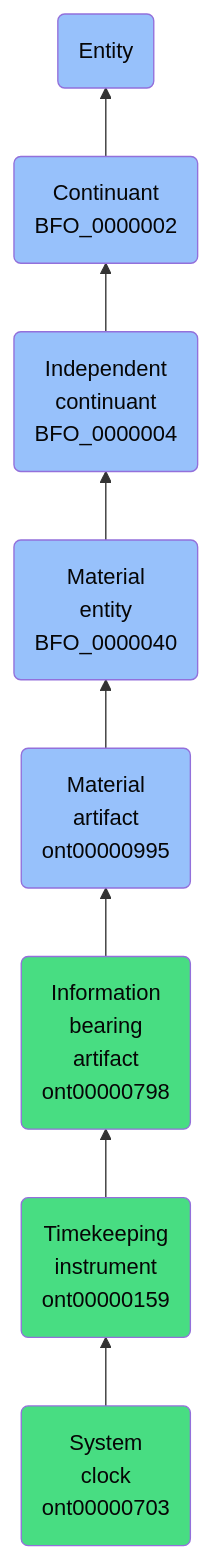
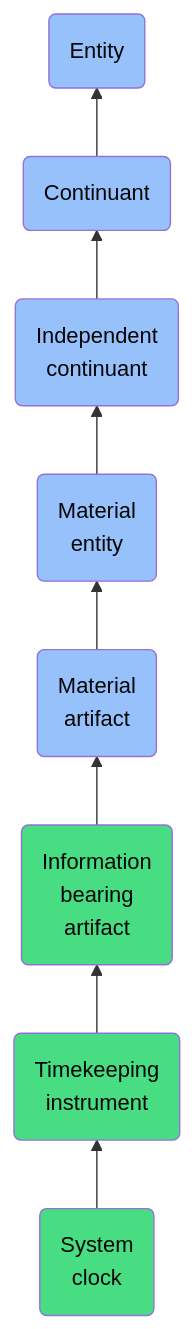
The diagram in docs/ontology/reference/model/Entity/Continuant/Independent continuant/Material entity/Material artifact/Information bearing artifact/Timekeeping instrument/System clock/System clock.md (jupyter-naas/abi), drawn with Mermaid before and after one commit. The commit also changed other lines of this file and 1430 other files, not shown here.

````diff
--- a/docs/ontology/reference/model/Entity/Continuant/Independent continuant/Material entity/Material artifact/Information bearing artifact/Timekeeping instrument/System clock/System clock.md
+++ b/docs/ontology/reference/model/Entity/Continuant/Independent continuant/Material entity/Material artifact/Information bearing artifact/Timekeeping instrument/System clock/System clock.md
@@ -24,15 +24,15 @@
 ```mermaid
 graph BT
-    ont00000703(System<br>clock<br>ont00000703):::ABI-->ont00000159
-    ont00000159(Timekeeping<br>instrument<br>ont00000159):::ABI-->ont00000798
-    ont00000798(Information<br>bearing<br>artifact<br>ont00000798):::ABI-->ont00000995
-    ont00000995(Material<br>artifact<br>ont00000995):::BFO-->BFO_0000040
-    BFO_0000040(Material<br>entity<br>BFO_0000040):::BFO-->BFO_0000004
-    BFO_0000004(Independent<br>continuant<br>BFO_0000004):::BFO-->BFO_0000002
-    BFO_0000002(Continuant<br>BFO_0000002):::BFO-->BFO_0000001
+    ont00000703(System<br>clock):::ABI-->ont00000159
+    ont00000159(Timekeeping<br>instrument):::ABI-->ont00000798
+    ont00000798(Information<br>bearing<br>artifact):::ABI-->ont00000995
+    ont00000995(Material<br>artifact):::BFO-->BFO_0000040
+    BFO_0000040(Material<br>entity):::BFO-->BFO_0000004
+    BFO_0000004(Independent<br>continuant):::BFO-->BFO_0000002
+    BFO_0000002(Continuant):::BFO-->BFO_0000001
     BFO_0000001(Entity):::BFO
     
     classDef BFO fill:#97c1fb,color:#060606
     classDef CCO fill:#e4c51e,color:#060606
     classDef ABI fill:#48DD82,color:#060606
 ```
````
